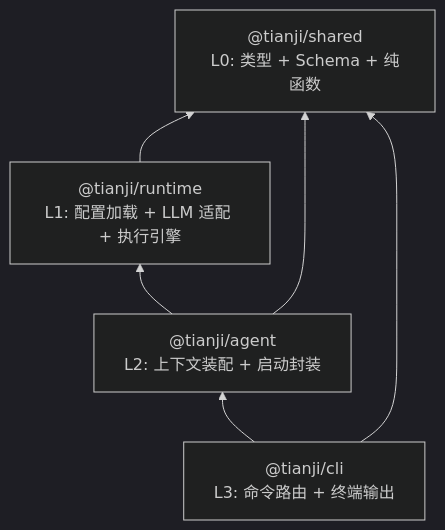
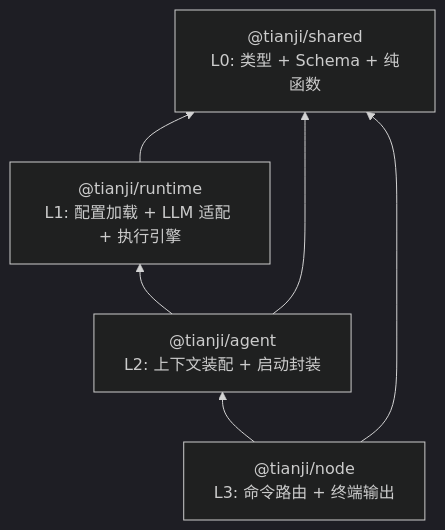
The first of 2 diagrams in docs/ARCHITECTURE.md (SXGC/tianji-ai), drawn with Mermaid (dark theme) before and after one commit. The commit also changed other lines of this file and 59 other files, not shown here.

````diff
--- a/docs/ARCHITECTURE.md
+++ b/docs/ARCHITECTURE.md
@@ -34,13 +34,13 @@
 ```mermaid
 graph BT
     SHARED["@tianji/shared<br/>L0: 类型 + Schema + 纯函数"]
     RUNTIME["@tianji/runtime<br/>L1: 配置加载 + LLM 适配 + 执行引擎"]
     AGENT["@tianji/agent<br/>L2: 上下文装配 + 启动封装"]
-    CLI["@tianji/cli<br/>L3: 命令路由 + 终端输出"]
+    CLI["@tianji/node<br/>L3: 命令路由 + 终端输出"]
 
     RUNTIME --> SHARED
     AGENT --> SHARED
     AGENT --> RUNTIME
     CLI --> SHARED
     CLI --> AGENT
 ```
````
